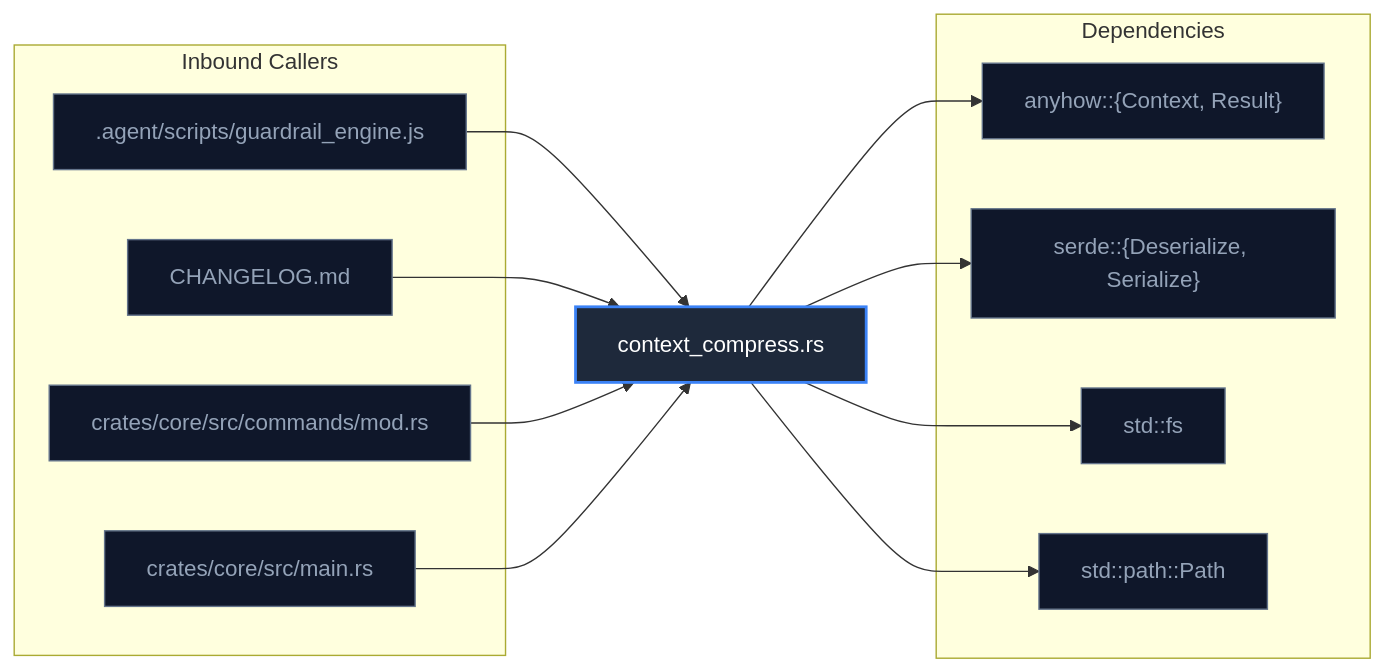
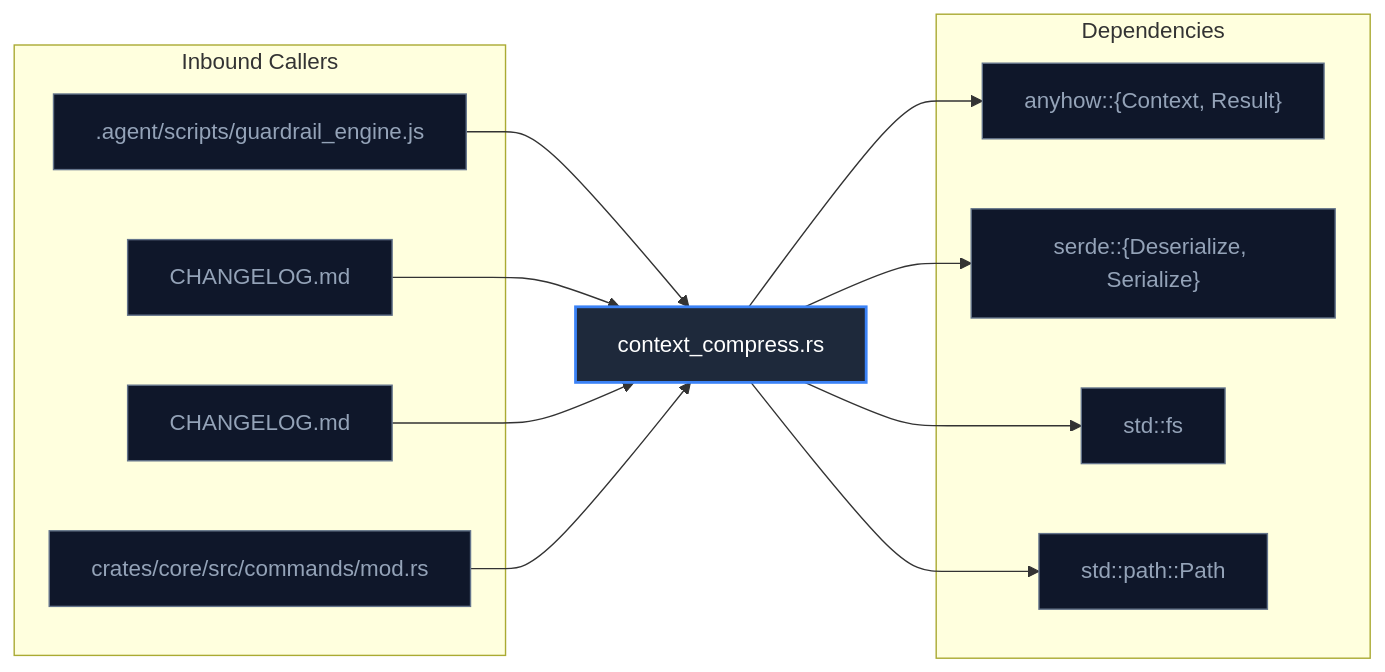
Before and after one commit to Harmitx7/tribunal-kit: the diagram in docs/context/context_compress.context.md, drawn with Mermaid. The commit also changed other lines of this file and 109 other files, not shown here.

````diff
--- a/docs/context/context_compress.context.md
+++ b/docs/context/context_compress.context.md
@@ -53,30 +53,30 @@
 ```mermaid
 graph LR
     classDef target fill:#1e293b,stroke:#3b82f6,stroke-width:2px,color:#fff;
     classDef ext fill:#0f172a,stroke:#64748b,stroke-width:1px,color:#94a3b8;
 
     subgraph Inbound Callers
         C0[".agent/scripts/guardrail_engine.js"]:::ext
         C1["CHANGELOG.md"]:::ext
-        C2["crates/core/src/commands/mod.rs"]:::ext
-        C3["crates/core/src/main.rs"]:::ext
+        C2["CHANGELOG.md"]:::ext
+        C3["crates/core/src/commands/mod.rs"]:::ext
     end
 
     T["context_compress.rs"]:::target
 
     subgraph Dependencies
         D0["anyhow::{Context, Result}"]:::ext
         D1["serde::{Deserialize, Serialize}"]:::ext
         D2["std::fs"]:::ext
         D3["std::path::Path"]:::ext
     end
 
     C0 --> T
     C1 --> T
     C2 --> T
     C3 --> T
     T --> D0
     T --> D1
     T --> D2
     T --> D3
 ```
````
